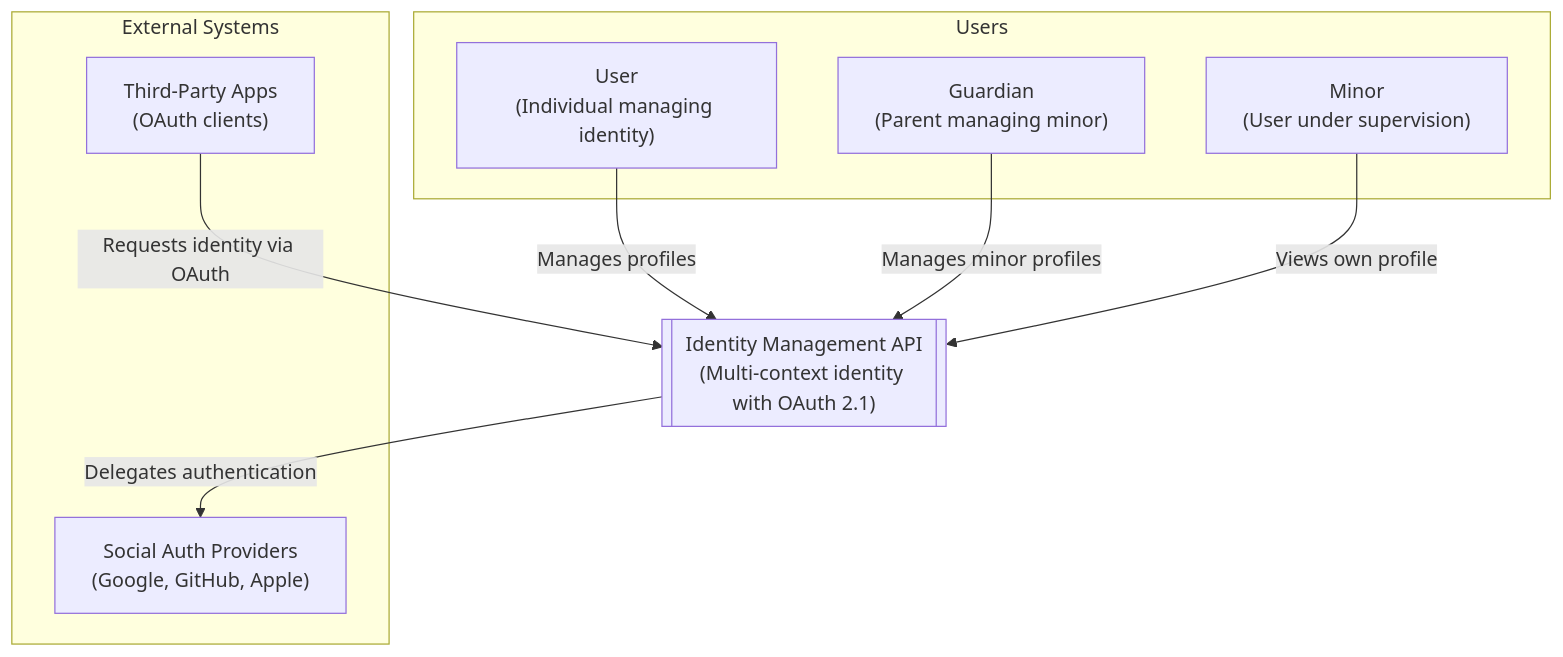
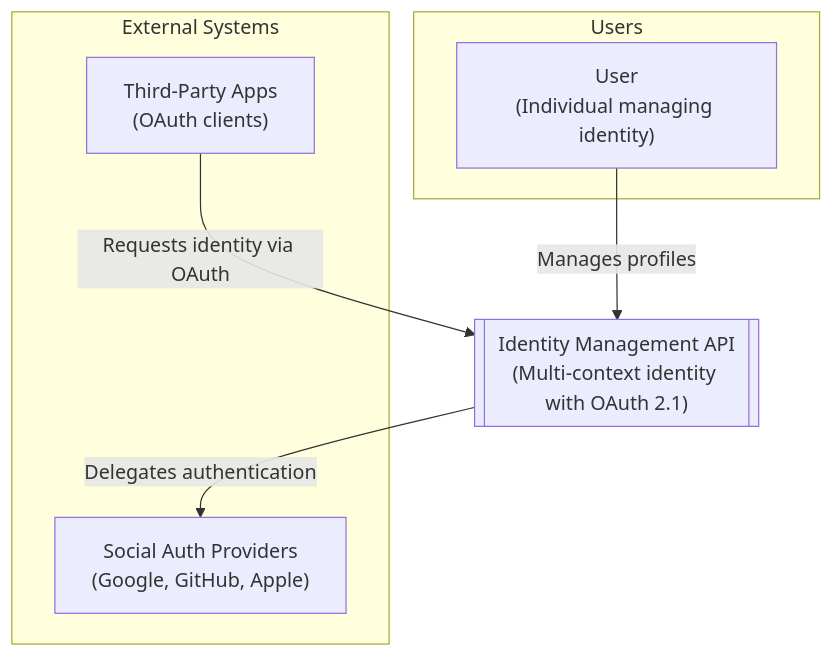
Before and after one commit to mastrolinux/final-project: the second of 3 diagrams in architecture/design-document.qmd, drawn with Mermaid. The commit also changed other lines of this file and 22 other files, not shown here.

````diff
--- a/architecture/design-document.qmd
+++ b/architecture/design-document.qmd
@@ -265,22 +261,18 @@
 ```{mermaid}
 %%| fig-width: 6.5
 flowchart TB
     subgraph users["Users"]
         user["User<br>(Individual managing identity)"]
-        guardian["Guardian<br>(Parent managing minor)"]
-        minor["Minor<br>(User under supervision)"]
     end
-    
+
     api[["Identity Management API<br>(Multi-context identity with OAuth 2.1)"]]
-    
+
     subgraph external["External Systems"]
         thirdparty["Third-Party Apps<br>(OAuth clients)"]
         social["Social Auth Providers<br>(Google, GitHub, Apple)"]
     end
-    
+
     user -->|"Manages profiles"| api
-    guardian -->|"Manages minor profiles"| api
-    minor -->|"Views own profile"| api
     thirdparty -->|"Requests identity via OAuth"| api
     api -->|"Delegates authentication"| social
 ```
````
